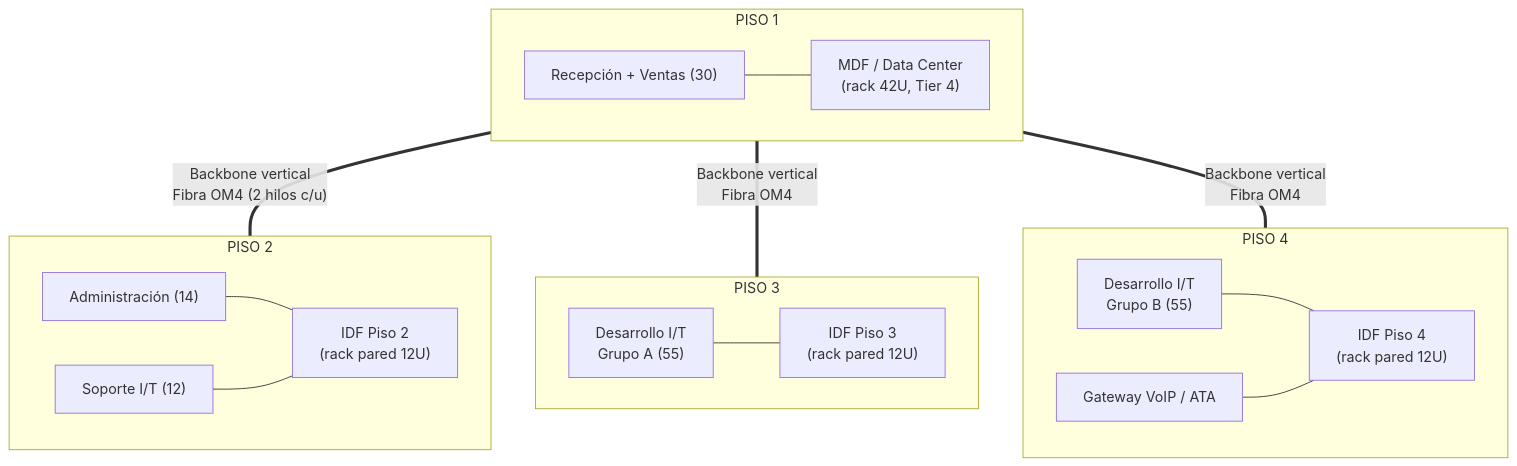
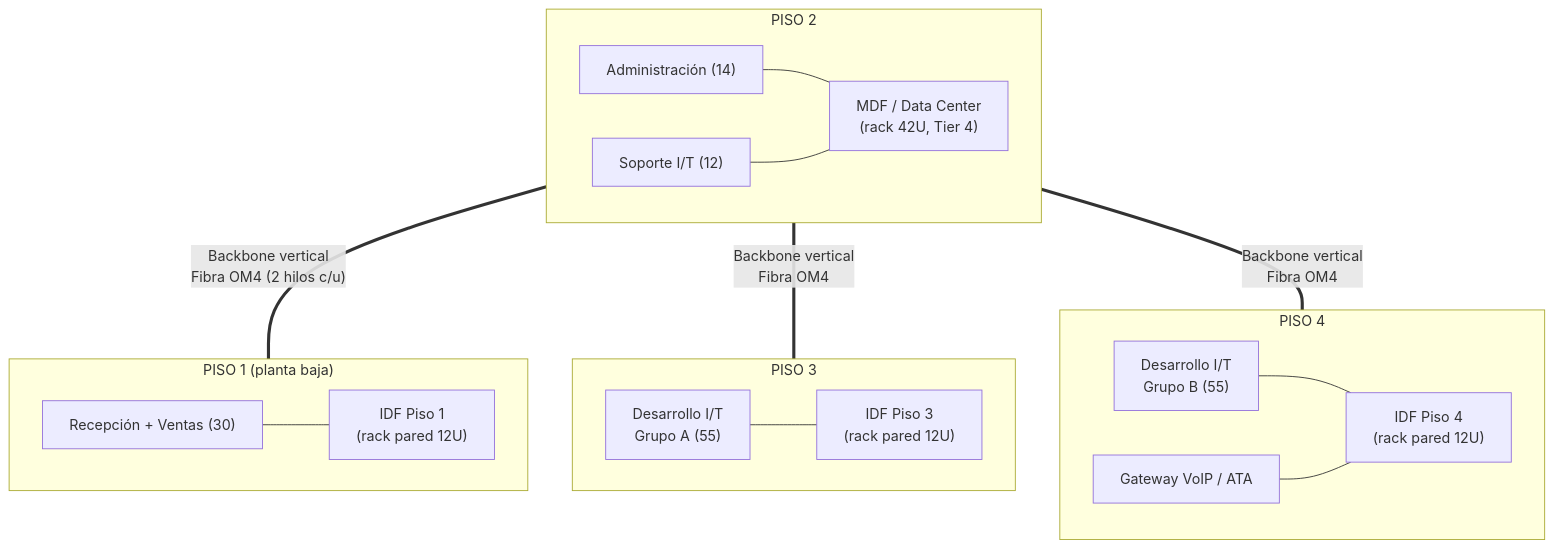
The diagram in Fase-1-Diseno-Red-Corporativa/04-Diseno-Fisico.md (Samuel-s-Proyects/Redes-Proyecto-Final), drawn with Mermaid before and after one commit. The commit also changed other lines of this file and 6 other files, not shown here.

Commit message:
feat: :sparkles: (Data center) Implements datacenter in level 4

````diff
--- a/Fase-1-Diseno-Red-Corporativa/04-Diseno-Fisico.md
+++ b/Fase-1-Diseno-Red-Corporativa/04-Diseno-Fisico.md
@@ -17,35 +19,35 @@
 ```mermaid
 flowchart TB
     subgraph P4["PISO 4"]
         direction LR
         P4A["Desarrollo I/T\nGrupo B (55)"]
         P4IDF["IDF Piso 4\n(rack pared 12U)"]
         P4VOIP["Gateway VoIP / ATA"]
         P4A --- P4IDF
         P4VOIP --- P4IDF
     end
     subgraph P3["PISO 3"]
         direction LR
         P3A["Desarrollo I/T\nGrupo A (55)"]
         P3IDF["IDF Piso 3\n(rack pared 12U)"]
         P3A --- P3IDF
     end
     subgraph P2["PISO 2"]
         direction LR
         P2A["Administración (14)"]
         P2B["Soporte I/T (12)"]
-        P2IDF["IDF Piso 2\n(rack pared 12U)"]
-        P2A --- P2IDF
-        P2B --- P2IDF
+        P2DC["MDF / Data Center\n(rack 42U, Tier 4)"]
+        P2A --- P2DC
+        P2B --- P2DC
     end
-    subgraph P1["PISO 1"]
+    subgraph P1["PISO 1 (planta baja)"]
         direction LR
         P1A["Recepción + Ventas (30)"]
-        P1DC["MDF / Data Center\n(rack 42U, Tier 4)"]
-        P1A --- P1DC
+        P1IDF["IDF Piso 1\n(rack pared 12U)"]
+        P1A --- P1IDF
     end
 
-    P1DC ===|"Backbone vertical\nFibra OM4 (2 hilos c/u)"| P2IDF
-    P1DC ===|"Backbone vertical\nFibra OM4"| P3IDF
-    P1DC ===|"Backbone vertical\nFibra OM4"| P4IDF
+    P2DC ===|"Backbone vertical\nFibra OM4 (2 hilos c/u)"| P1IDF
+    P2DC ===|"Backbone vertical\nFibra OM4"| P3IDF
+    P2DC ===|"Backbone vertical\nFibra OM4"| P4IDF
 ```
````
